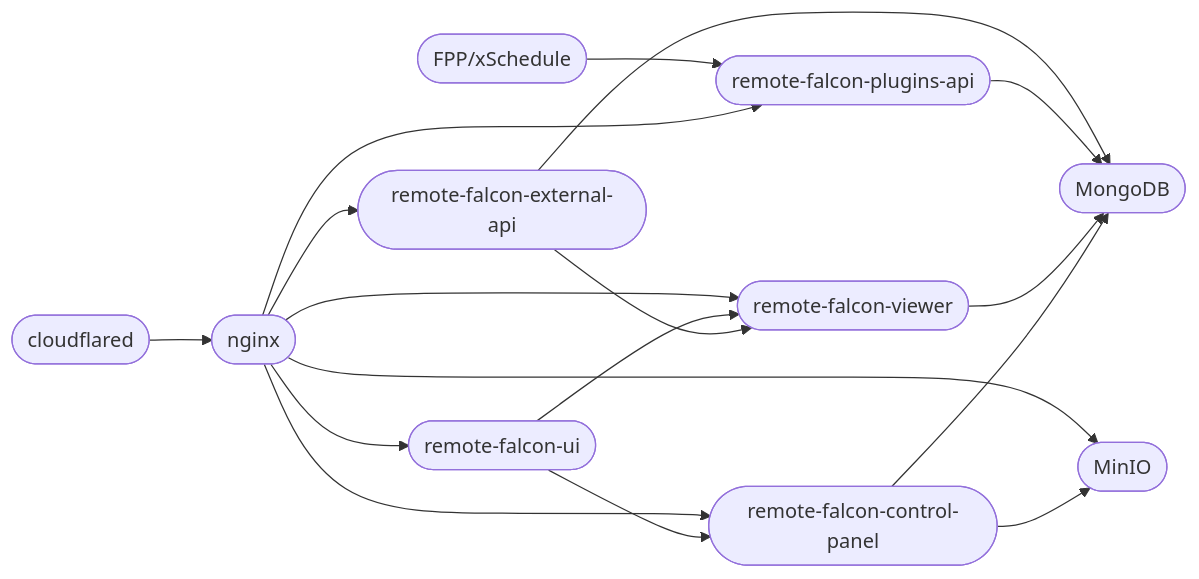
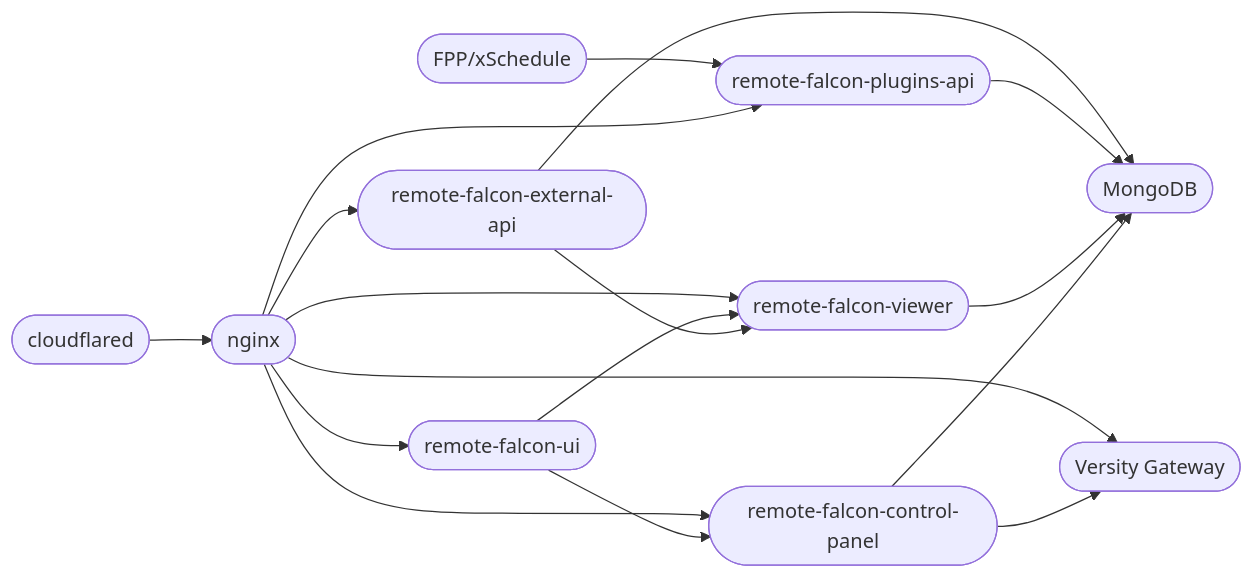
The diagram in docs/index.md (Ne0n09/cloudflared-remotefalcon), drawn with Mermaid before and after one commit. The commit also changed other lines of this file and 14 other files, not shown here.

First line of the commit message:
- MinIO has been replaced with [Versity Gateway](https://www.versity.com/products/versitygw/)!

````diff
--- a/docs/index.md
+++ b/docs/index.md
@@ -19,50 +19,50 @@
 ```mermaid
 ---
 config:
   layout: fixed
 ---
 flowchart LR
   %% RF containers
   control_panel([remote-falcon-control-panel])
   viewer([remote-falcon-viewer])
   plugins_api([remote-falcon-plugins-api])
   external_api([remote-falcon-external-api])
   ui([remote-falcon-ui])
 
   %% Non-RF containers
   nginx([nginx])
   cloudflared([cloudflared])
   mongo([MongoDB])
-  minio([MinIO])
+  versitygw([Versity Gateway])
   fpp(["FPP/xSchedule"]) 
 
   %% Connections based on depends_on and service usage
   control_panel --> mongo
-  control_panel --> minio
+  control_panel --> versitygw
   viewer --> mongo
   plugins_api --> mongo
   external_api --> mongo
   external_api --> viewer
   ui --> control_panel
   ui --> viewer
   nginx --> control_panel
   nginx --> viewer
   nginx --> plugins_api
   nginx --> external_api
   nginx --> ui
-  nginx --> minio
+  nginx --> versitygw
   cloudflared --> nginx
   fpp --> plugins_api
 
   click control_panel href "about/containers#control-panel" "Control Panel Container"
   click viewer href "about/containers#viewer" "Viewer Container"
   click plugins_api href "about/containers#plugins-api" "Plugins API Container"
   click external_api href "about/containers#external-api" "External API Container"
   click ui href "about/containers#ui" "UI Container"
   click nginx href "about/containers#nginx" "NGINX Container"
   click cloudflared href "about/containers#cloudflared" "Cloudflared Container"
-  click minio href "about/containers#minio" "MinIO Container"
+  click versitygw href "about/containers#versitygw" "Versity Gateway Container"
   click mongo href "about/containers#mongo" "MongoDB Container"
 
 
 ```
````
